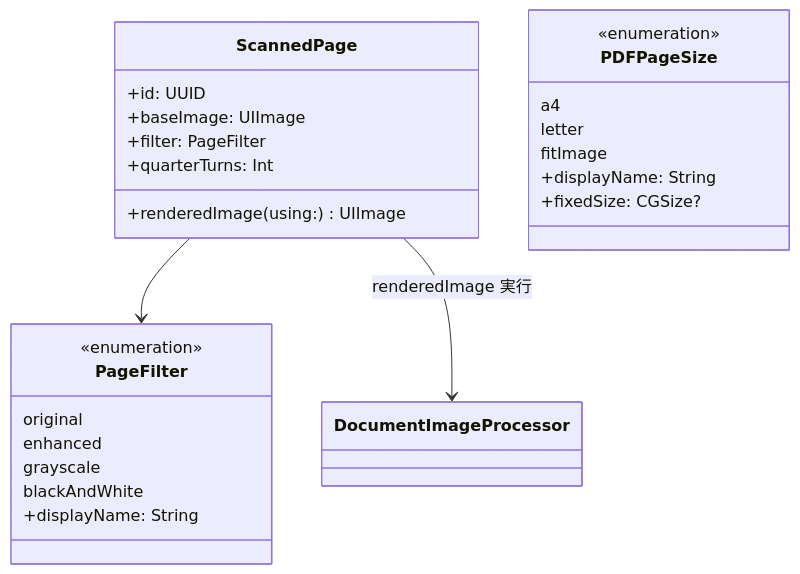
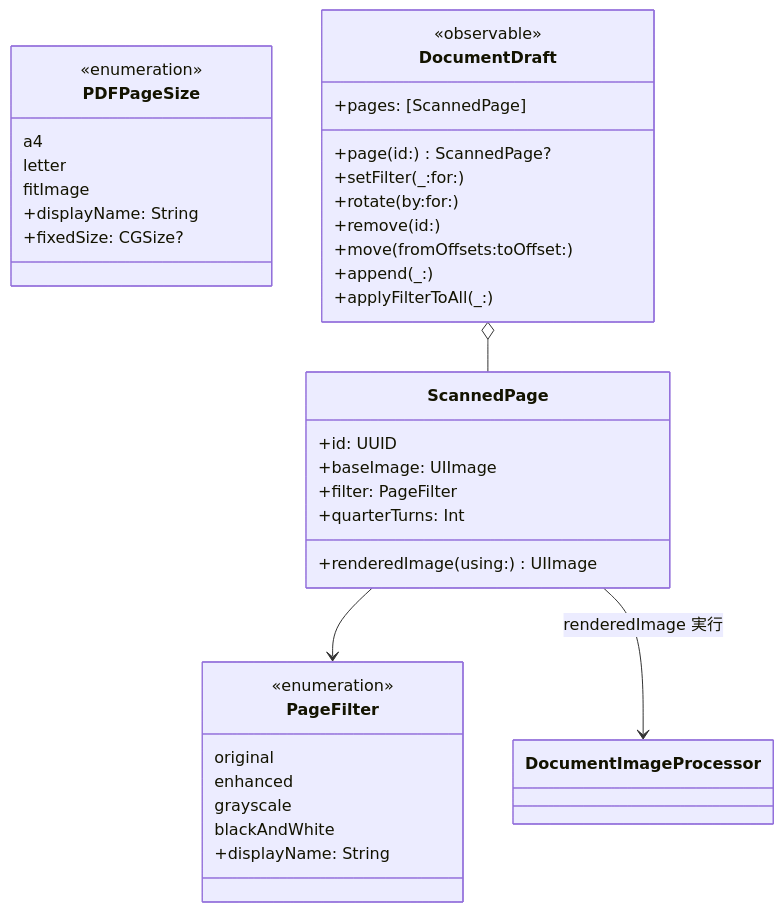
Before and after one commit to gomurin0428/DocScanner: the first of 2 diagrams in DocScanner/Model/README.md, drawn with Mermaid. The commit also changed other lines of this file and 8 other files, not shown here.

First line of the commit message:
fix: PageEditView の編集が2回目以降プレビューに反映されない問題を DocumentDraft 共有化で修正

````diff
--- a/DocScanner/Model/README.md
+++ b/DocScanner/Model/README.md
@@ -20,28 +25,40 @@
 ```mermaid
 classDiagram
     class ScannedPage {
         +id: UUID
         +baseImage: UIImage
         +filter: PageFilter
         +quarterTurns: Int
         +renderedImage(using:) UIImage
     }
     class PageFilter {
         <<enumeration>>
         original
         enhanced
         grayscale
         blackAndWhite
         +displayName: String
     }
     class PDFPageSize {
         <<enumeration>>
         a4
         letter
         fitImage
         +displayName: String
         +fixedSize: CGSize?
     }
+    class DocumentDraft {
+        <<observable>>
+        +pages: [ScannedPage]
+        +page(id:) ScannedPage?
+        +setFilter(_:for:)
+        +rotate(by:for:)
+        +remove(id:)
+        +move(fromOffsets:toOffset:)
+        +append(_:)
+        +applyFilterToAll(_:)
+    }
     ScannedPage --> PageFilter
+    DocumentDraft o-- ScannedPage
     ScannedPage --> DocumentImageProcessor : renderedImage 実行
 ```
````
